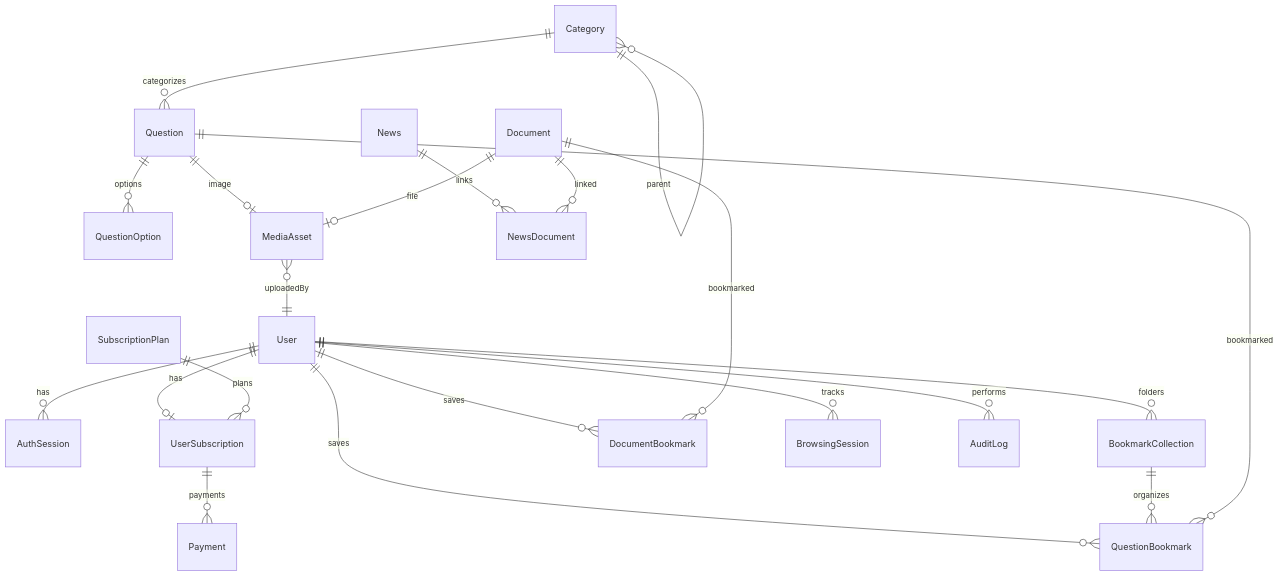
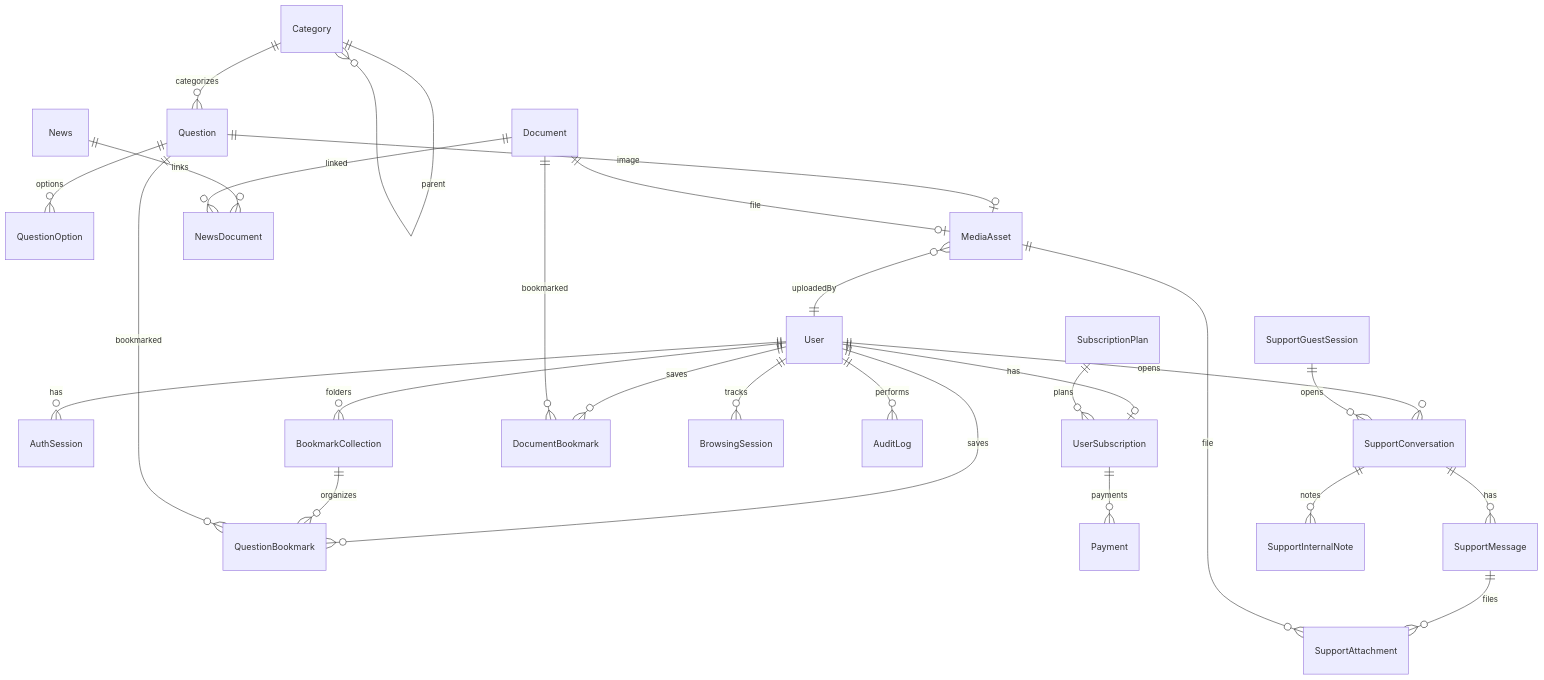
One commit to reazulislamreaz/your-academy changed the diagram in docs/05-database-design.md. Above: the diagram before and after it, drawn with Mermaid. The commit also changed other lines of this file and 1509 other files, not shown here.

````diff
--- a/docs/05-database-design.md
+++ b/docs/05-database-design.md
@@ -10,23 +10,29 @@
 ```mermaid
 erDiagram
   User ||--o{ AuthSession : has
   User ||--o| UserSubscription : has
   User ||--o{ BookmarkCollection : folders
   User ||--o{ QuestionBookmark : saves
   User ||--o{ DocumentBookmark : saves
   BookmarkCollection ||--o{ QuestionBookmark : organizes
   User ||--o{ BrowsingSession : tracks
   User ||--o{ AuditLog : performs
   SubscriptionPlan ||--o{ UserSubscription : plans
   UserSubscription ||--o{ Payment : payments
   Category ||--o{ Category : parent
   Category ||--o{ Question : categorizes
   Question ||--o{ QuestionOption : options
   Question ||--o| MediaAsset : image
   Question ||--o{ QuestionBookmark : bookmarked
   News ||--o{ NewsDocument : links
   Document ||--o{ NewsDocument : linked
   Document ||--o| MediaAsset : file
   Document ||--o{ DocumentBookmark : bookmarked
   MediaAsset }o--|| User : uploadedBy
+  User ||--o{ SupportConversation : opens
+  SupportGuestSession ||--o{ SupportConversation : opens
+  SupportConversation ||--o{ SupportMessage : has
+  SupportMessage ||--o{ SupportAttachment : files
+  SupportConversation ||--o{ SupportInternalNote : notes
+  MediaAsset ||--o{ SupportAttachment : file
 ```
````
